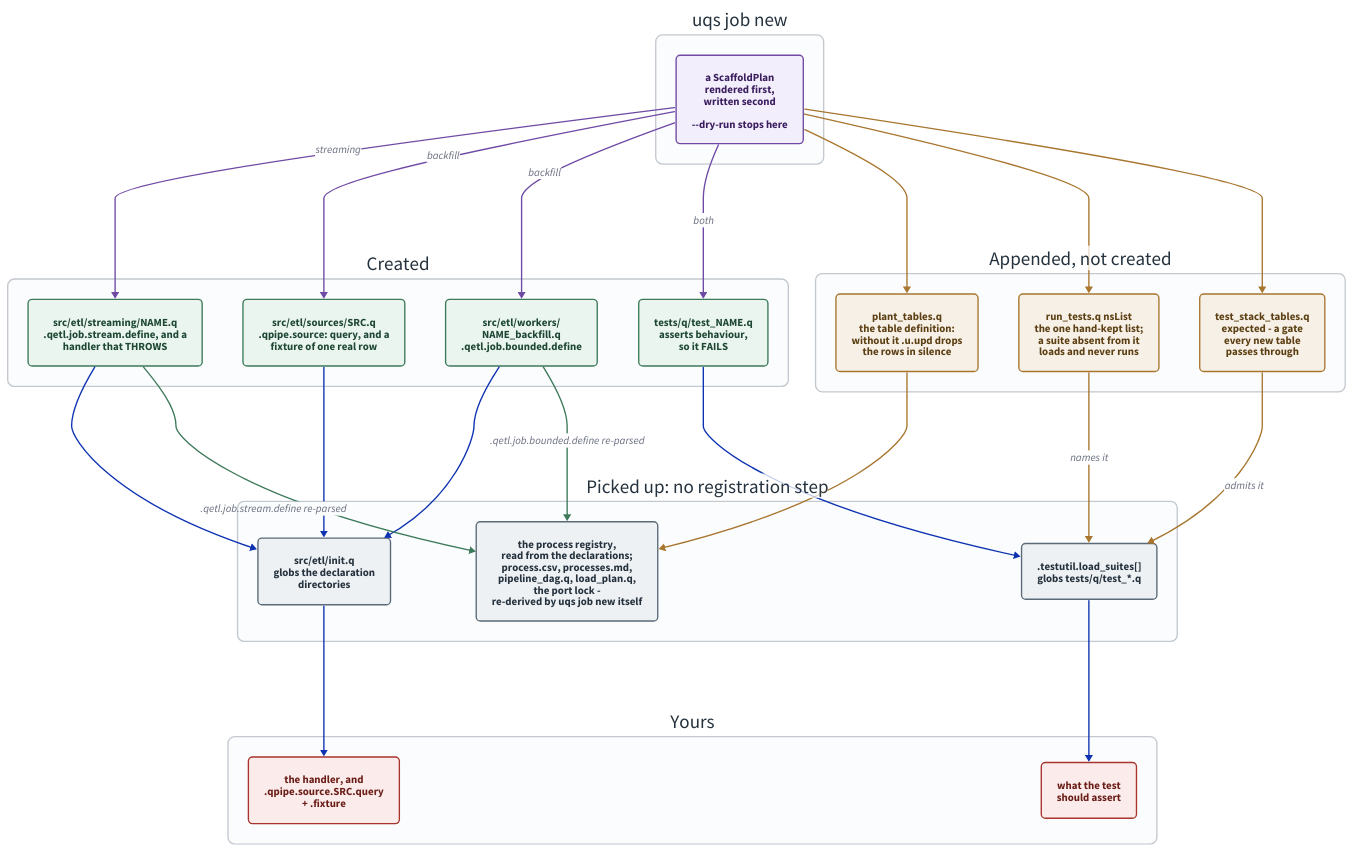
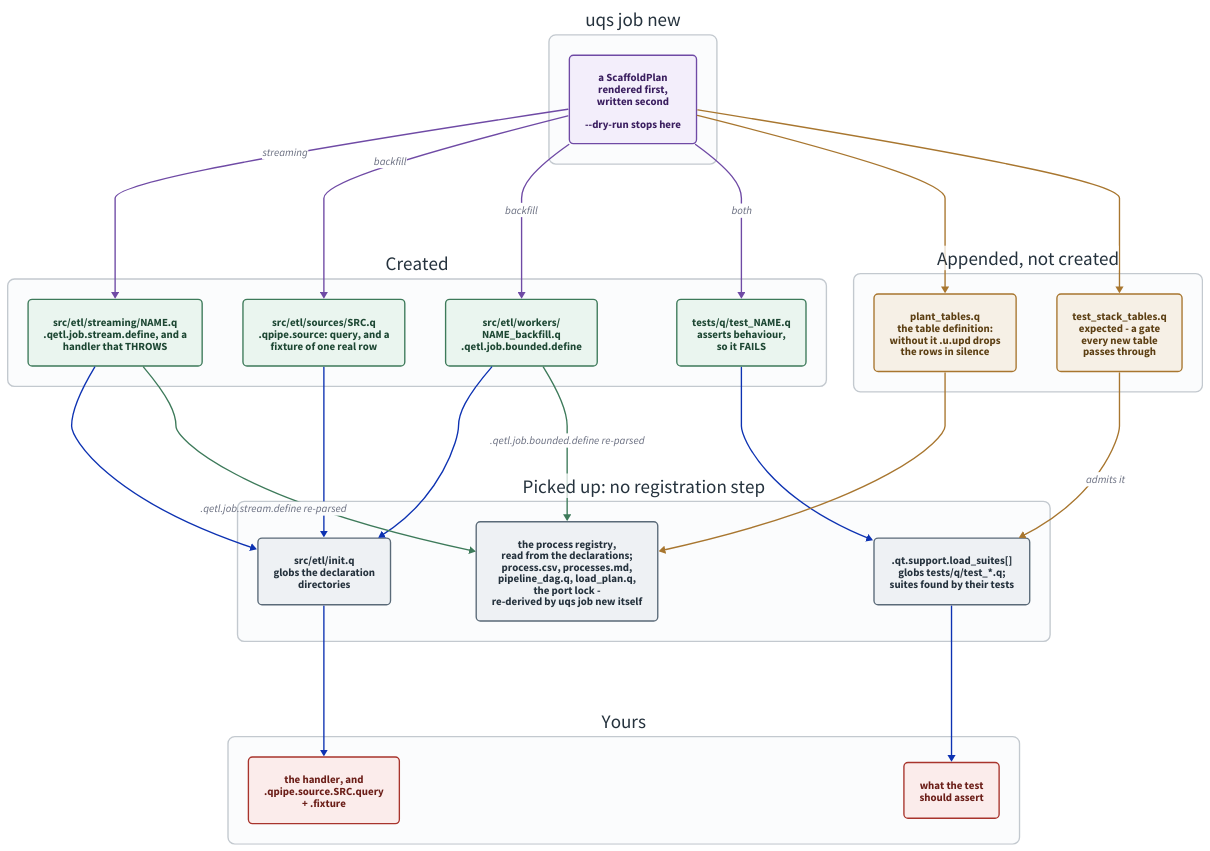
Before and after one commit to kwojdalski/uqf: the diagram in docs/diagrams/scaffolding.d2, drawn with D2. The commit also changed 164 other files, not shown here.

First line of the commit message:
Organize non-quant test suites under .qt, found by discovery (part of #1412)

```diff
--- a/docs/diagrams/scaffolding.d2
+++ b/docs/diagrams/scaffolding.d2
@@ -1,150 +1,148 @@
 # scaffolding.d2 - what `uqs job new` writes, and what picks each file
 # up afterwards.
 #
 # Rendered by scripts/generate/render_diagrams.py, which CI runs with
 # --check. Embedded from docs/guides/new-pipeline.md.
 #
 # THE THING THIS DRAWS is that there is no registration step. The
-# declaration directories are globbed by src/etl/init.q and one by .testutil.load_suites,
+# declaration directories are globbed by src/etl/init.q and one by .qt.support.load_suites,
 # so a new file is loaded because it exists - and the process registry is
 # READ from the job files' own declarations, so a job needs no entry
 # anywhere else. The APPENDS are the facts that are NOT derivable from the
-# tree - the table definition, nsList, the one hand-kept list of test
-# namespaces, and the q suite's list of tables, a deliberate gate - which is
-# why they are the only places the scaffold has to edit rather than create.
+# tree - the table definition and the q suite's list of tables, a deliberate
+# gate - which is why they are the only places the scaffold has to edit rather
+# than create. (A third, the hand-kept list of test namespaces, is gone: the
+# runner finds a suite by the tests it holds, #1412.)
 # Everything derived, uqs job new regenerates itself before it returns, the port
 # lock included.
 #
 # The other thing worth seeing is the red column. The scaffold writes the
 # SHAPE and never the logic: the generated handler throws and the generated
 # test fails, deliberately, because a scaffold that left something green
 # behind would make "generated" and "implemented" look the same from outside.
 # That is the state stack_smoke.py exists to catch - a process that is `up`,
 # heartbeating, and publishing nothing.
 #
 # ON DIRECTION. Down, not right, for the reason
 # pipeline-architecture-example.d2's own header gives: right rendered this
 # 2489x1370, and a page that shows a wide strip at its column width shrinks
 # every label past reading. Down is taller than wide, and a reader scrolls.
 # The bands still read in order - plan, created, appended, picked up, yours -
 # it is the axis that changed, so new-pipeline.md says "top to bottom".
 
 
 direction: down
 
 vars: {
   d2-config: {
     pad: 40
   }
 }
 
 classes: {
   command: {
     style: {
       fill: "#f3eefb"
       stroke: "#6f4aa5"
       font-color: "#3a1e5f"
       border-radius: 6
     }
   }
   created: {
     style: {
       fill: "#eaf5ef"
       stroke: "#3d7a5a"
       font-color: "#1d4733"
       border-radius: 6
     }
   }
   appended: {
     style: {
       fill: "#f6f0e6"
       stroke: "#a8762f"
       font-color: "#5c3f13"
       border-radius: 6
     }
   }
   derived: {
     style: {
       fill: "#eef1f4"
       stroke: "#5a6a78"
       font-color: "#25323d"
       border-radius: 6
     }
   }
   todo: {
     style: {
       fill: "#fbeceb"
       stroke: "#a8342c"
       font-color: "#6b1e18"
       border-radius: 6
     }
   }
   band: {
     style: {
       fill: "#fbfcfd"
       stroke: "#c3c9cf"
       stroke-width: 2
       border-radius: 10
       font-color: "#25323d"
     }
   }
 }
 
 cmd: "uqs job new" {
   class: band
 
   plan: "a ScaffoldPlan\nrendered first,\nwritten second\n\n--dry-run stops here" { class: command }
 }
 
 written: "Created" {
   class: band
 
   job: "src/etl/streaming/NAME.q\n.qetl.job.stream.define, and a\nhandler that THROWS" { class: created }
   source: "src/etl/sources/SRC.q\n.qpipe.source: query, and a\nfixture of one real row" { class: created }
   worker: "src/etl/workers/\nNAME_backfill.q\n.qetl.job.bounded.define" { class: created }
   test: "tests/q/test_NAME.q\nasserts behaviour,\nso it FAILS" { class: created }
 }
 
 appended: "Appended, not created" {
   class: band
 
   tables: "plant_tables.q\nthe table definition:\nwithout it .u.upd drops\nthe rows in silence" { class: appended }
-  nslist: "run_tests.q nsList\nthe one hand-kept list;\na suite absent from it\nloads and never runs" { class: appended }
   tablelist: "test_stack_tables.q\nexpected - a gate\nevery new table\npasses through" { class: appended }
 }
 
 picked_up: "Picked up: no registration step" {
   class: band
 
   init: "src/etl/init.q\nglobs the declaration\ndirectories" { class: derived }
-  suites: ".testutil.load_suites[]\nglobs tests/q/test_*.q" { class: derived }
+  suites: ".qt.support.load_suites[]\nglobs tests/q/test_*.q;\nsuites found by their tests" { class: derived }
   consumers: "the process registry,\nread from the declarations;\nprocess.csv, processes.md,\npipeline_dag.q, load_plan.q,\nthe port lock -\nre-derived by uqs job new itself" { class: derived }
 }
 
 todo: "Yours" {
   class: band
 
   logic: "the handler, and\n.qpipe.source.SRC.query\n+ .fixture" { class: todo }
   assertion: "what the test\nshould assert" { class: todo }
 }
 
 cmd.plan -> written.job: "streaming" { style.stroke: "#6f4aa5" }
 cmd.plan -> written.source: "backfill" { style.stroke: "#6f4aa5" }
 cmd.plan -> written.worker: "backfill" { style.stroke: "#6f4aa5" }
 cmd.plan -> written.test: "both" { style.stroke: "#6f4aa5" }
 cmd.plan -> appended.tables { style.stroke: "#a8762f" }
-cmd.plan -> appended.nslist { style.stroke: "#a8762f" }
 cmd.plan -> appended.tablelist { style.stroke: "#a8762f" }
 
 written.job -> picked_up.init
 written.source -> picked_up.init
 written.worker -> picked_up.init
 written.test -> picked_up.suites
-appended.nslist -> picked_up.suites: "names it" { style.stroke: "#a8762f" }
 appended.tablelist -> picked_up.suites: "admits it" { style.stroke: "#a8762f" }
 appended.tables -> picked_up.consumers { style.stroke: "#a8762f" }
 written.job -> picked_up.consumers: ".qetl.job.stream.define re-parsed" { style.stroke: "#3d7a5a" }
 written.worker -> picked_up.consumers: ".qetl.job.bounded.define re-parsed" { style.stroke: "#3d7a5a" }
 
 picked_up.init -> todo.logic
 picked_up.suites -> todo.assertion
```
